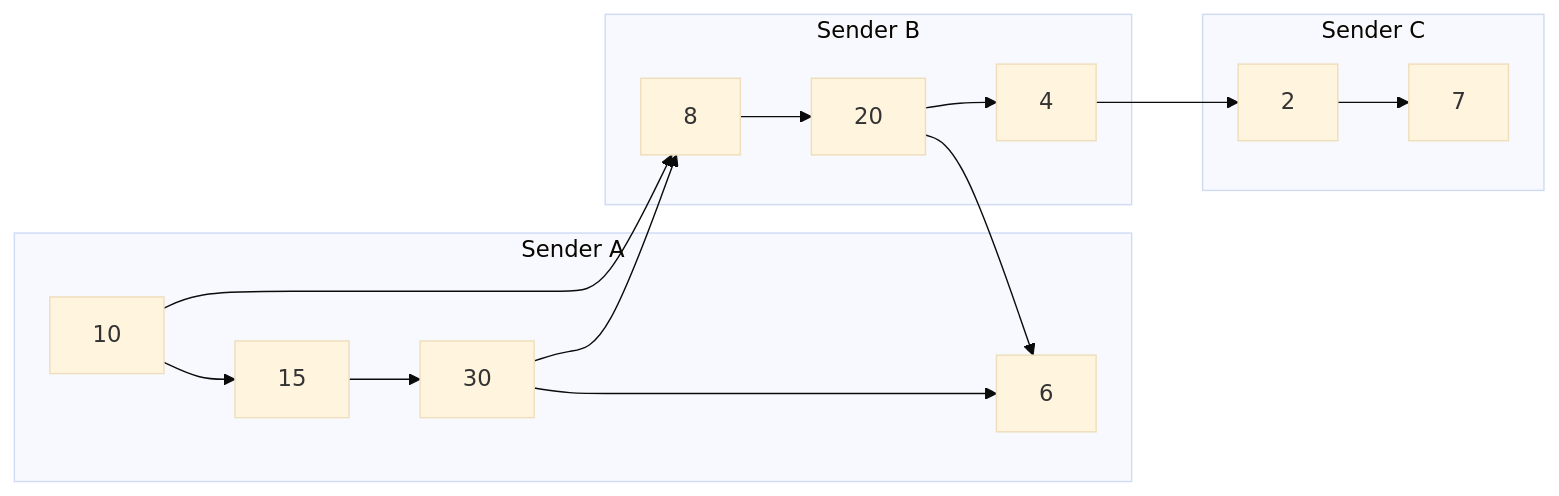
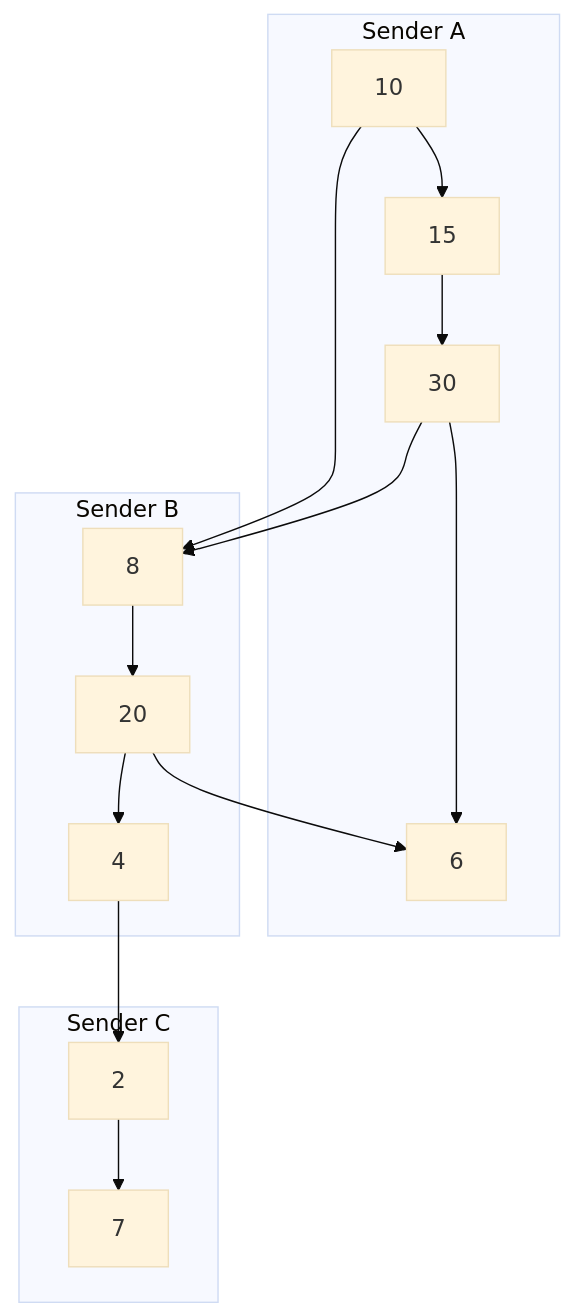
The fourth of 4 diagrams in types/mempool/priority_nonce_spec.md (cosmos/cosmos-sdk), drawn with Mermaid (base theme) before and after one commit.

Commit message:
graph orientation

````diff
--- a/types/mempool/priority_nonce_spec.md
+++ b/types/mempool/priority_nonce_spec.md
@@ -121,21 +121,21 @@
 ```mermaid
-graph LR
+graph TD
     subgraph Sender A
     10-->15
     15-->30
     30-->6
     end
     subgraph Sender B
     8
     8-->20
     10-->8
     30-->8
     20-->4
         20-->6
 
     end
     subgraph Sender C
     2-->7
     4-->2
     end
 ```
````
